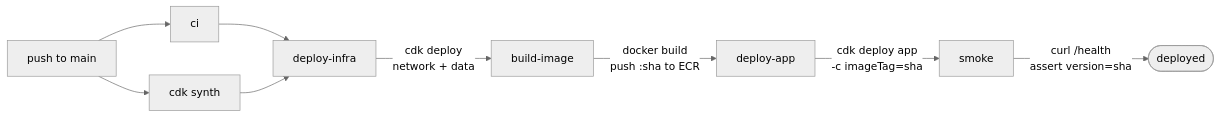
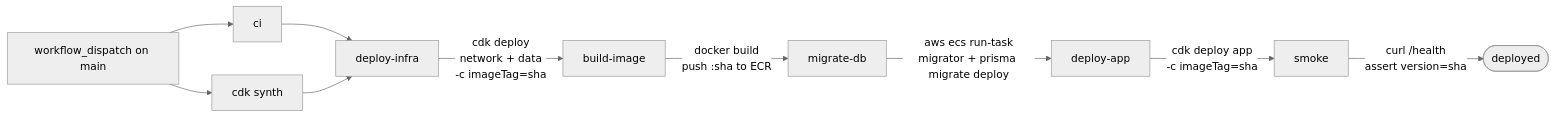
Before and after one commit to ashleyjtaylor/template: the fourth of 4 diagrams in docs/system-design.md, drawn with Mermaid (neutral theme). The commit also changed other lines of this file and 30 other files, not shown here.

````diff
--- a/docs/system-design.md
+++ b/docs/system-design.md
@@ -63,11 +98,12 @@
 ```mermaid
 graph LR
-    Push[push to main] --> CI[ci]
+    Push[workflow_dispatch on main] --> CI[ci]
     Push --> CDK[cdk synth]
     CI --> Infra[deploy-infra]
     CDK --> Infra
-    Infra -->|cdk deploy<br/>network + data| Build[build-image]
-    Build -->|docker build<br/>push :sha to ECR| App[deploy-app]
+    Infra -->|cdk deploy<br/>network + data<br/>-c imageTag=sha| Build[build-image]
+    Build -->|docker build<br/>push :sha to ECR| Migrate[migrate-db]
+    Migrate -->|aws ecs run-task<br/>migrator + prisma migrate deploy| App[deploy-app]
     App -->|cdk deploy app<br/>-c imageTag=sha| Smoke[smoke]
     Smoke -->|curl /health<br/>assert version=sha| Done([deployed])
 ```
````
